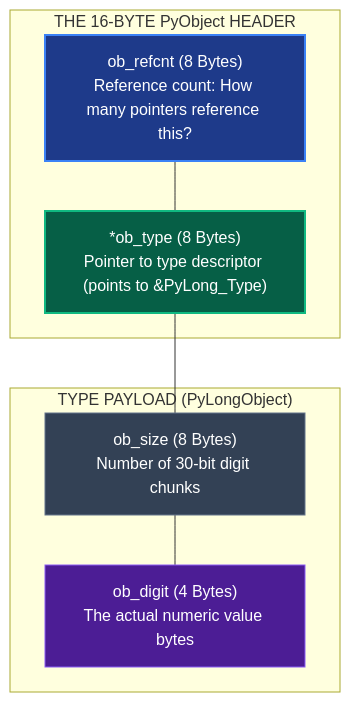
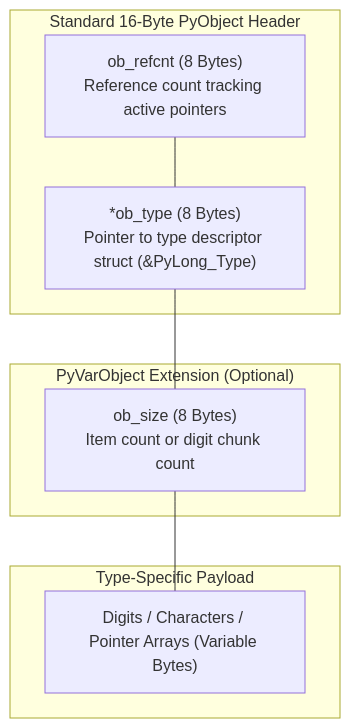
One commit to AchuAshwath/Cthru-Python changed the first of 3 diagrams in src/content/docs/foundations/the-pyobject.mdx. Above: the diagram before and after it, drawn with Mermaid. The commit also changed other lines of this file and 8 other files, not shown here.

````diff
--- a/src/content/docs/foundations/the-pyobject.mdx
+++ b/src/content/docs/foundations/the-pyobject.mdx
@@ -35,19 +35,17 @@
 ```mermaid
 flowchart TD
-    subgraph Header["THE 16-BYTE PyObject HEADER"]
-        Ref["ob_refcnt (8 Bytes)<br/>Reference count: How many pointers reference this?"]
-        Type["*ob_type (8 Bytes)<br/>Pointer to type descriptor (points to &PyLong_Type)"]
+    subgraph Header["Standard 16-Byte PyObject Header"]
+        Ref["ob_refcnt (8 Bytes)<br/>Reference count tracking active pointers"]
+        Type["*ob_type (8 Bytes)<br/>Pointer to type descriptor struct (&PyLong_Type)"]
     end
 
-    subgraph Payload["TYPE PAYLOAD (PyLongObject)"]
-        Size["ob_size (8 Bytes)<br/>Number of 30-bit digit chunks"]
-        Digits["ob_digit (4 Bytes)<br/>The actual numeric value bytes"]
+    subgraph VariableHeader["PyVarObject Extension (Optional)"]
+        Size["ob_size (8 Bytes)<br/>Item count or digit chunk count"]
     end
 
-    Ref --- Type --- Size --- Digits
+    subgraph Payload["Type-Specific Payload"]
+        Data["Digits / Characters / Pointer Arrays (Variable Bytes)"]
+    end
 
-    style Ref fill:#1e3a8a,stroke:#3b82f6,stroke-width:2px,color:#fff
-    style Type fill:#065f46,stroke:#10b981,stroke-width:2px,color:#fff
-    style Size fill:#334155,stroke:#64748b,stroke-width:1px,color:#fff
-    style Digits fill:#4c1d95,stroke:#8b5cf6,stroke-width:1px,color:#fff
+    Ref --- Type --- Size --- Data
 ```
````
